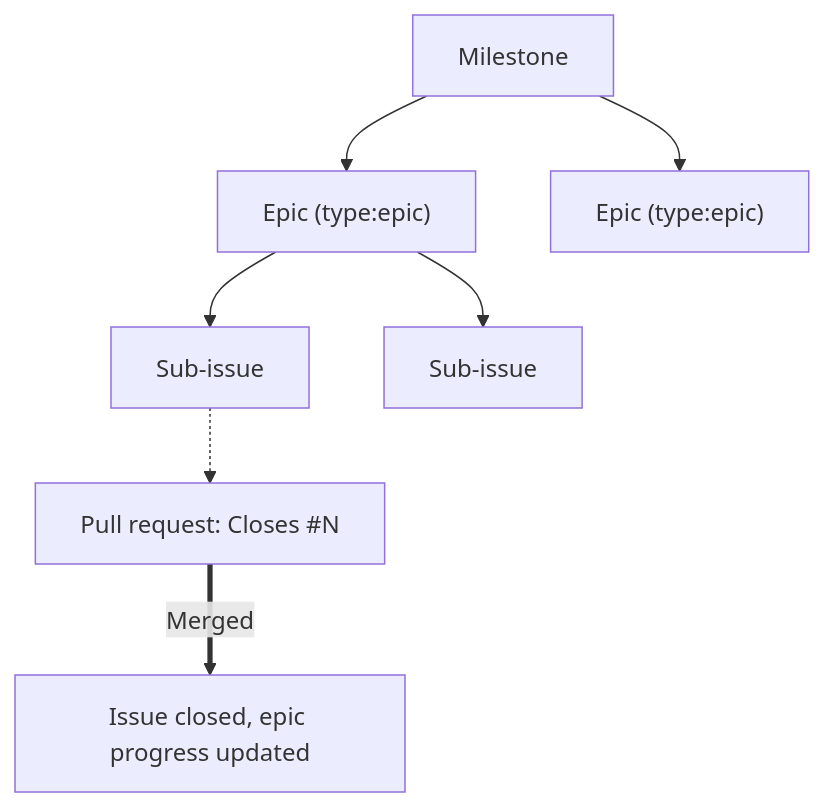
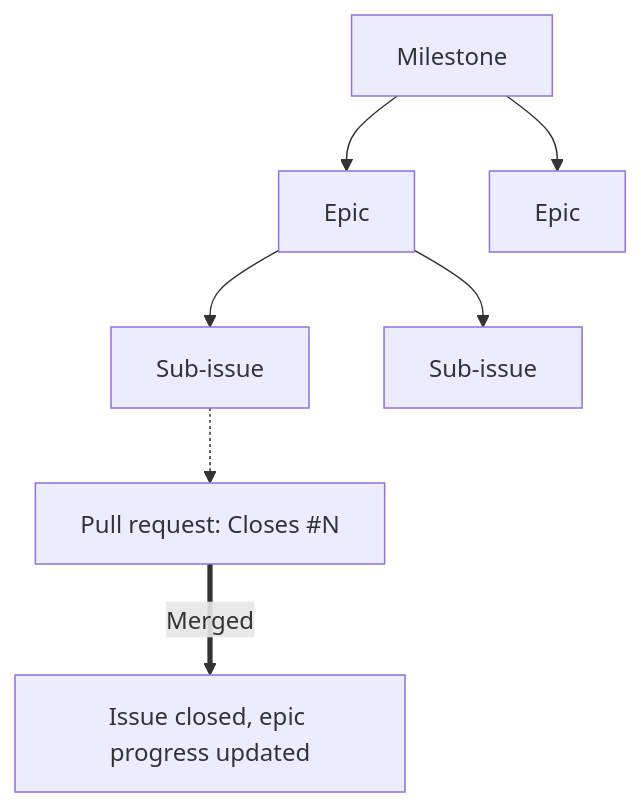
The diagram in docs/developer-guidelines/workflow.md (alxhslm/magic-apps), drawn with Mermaid before and after one commit. The commit also changed other lines of this file and 7 other files, not shown here.

First line of the commit message:
chore(ci): flatten the label schema

````diff
--- a/docs/developer-guidelines/workflow.md
+++ b/docs/developer-guidelines/workflow.md
@@ -5,9 +5,9 @@
 ```mermaid
 graph TD
-    M["Milestone"] --> E1["Epic (type:epic)"]
-    M --> E2["Epic (type:epic)"]
+    M["Milestone"] --> E1["Epic"]
+    M --> E2["Epic"]
     E1 --> S1["Sub-issue"]
     E1 --> S2["Sub-issue"]
     S1 -.-> PR["Pull request: Closes #N"]
     PR == Merged ==> Done["Issue closed, epic progress updated"]
 ```
````
